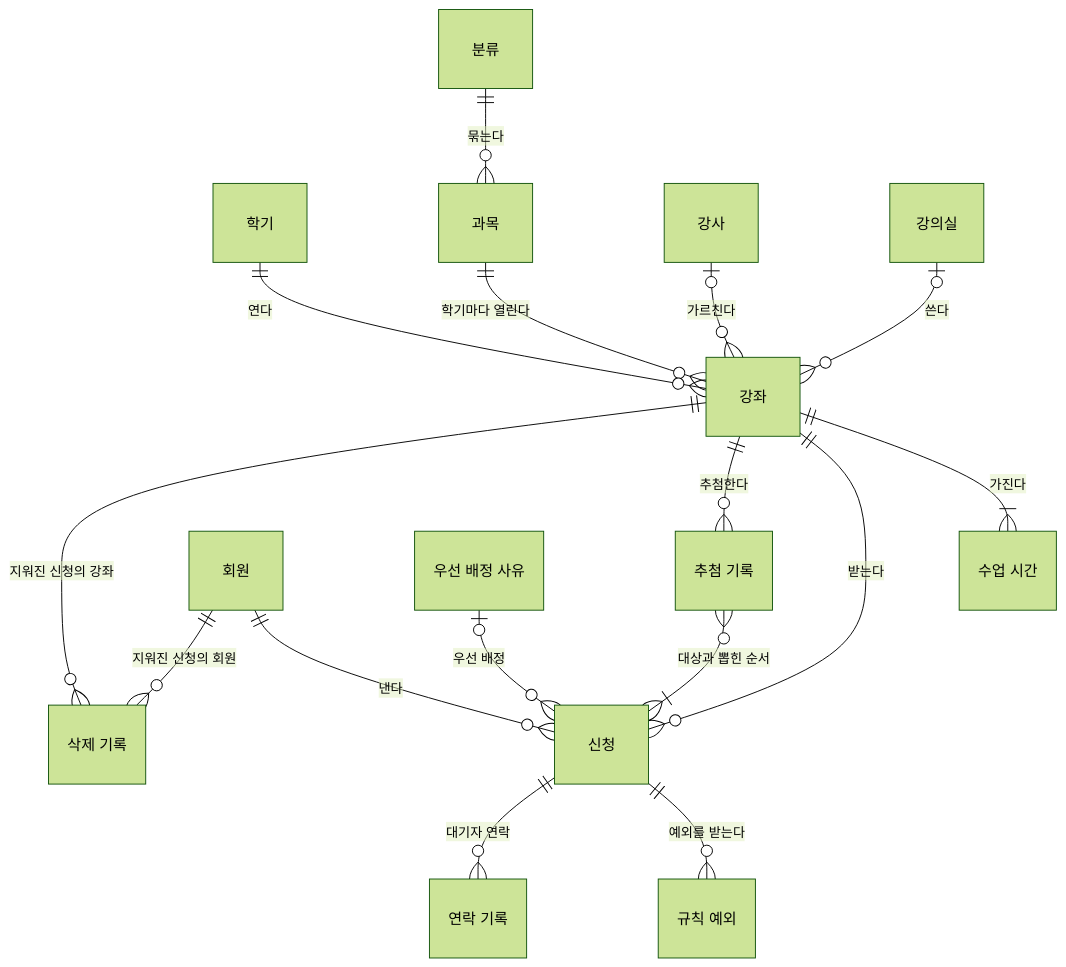
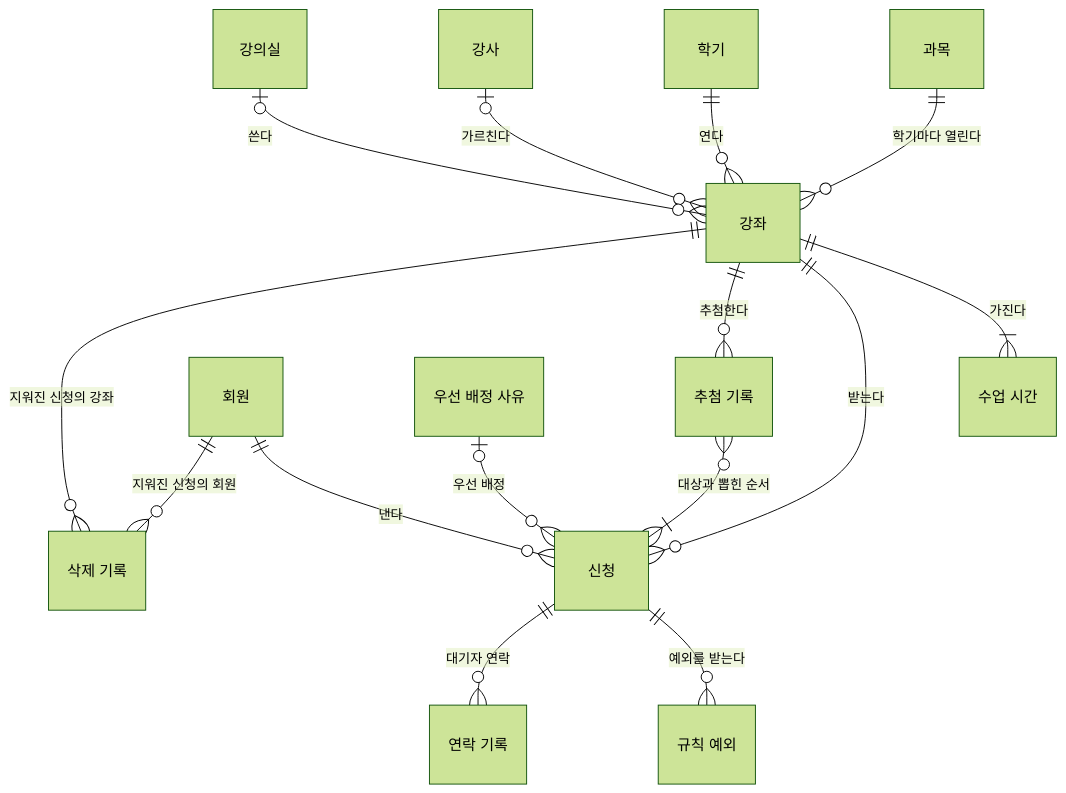
Before and after one commit to Homeria/baeum-maru: the diagram in docs/domain/ERD.md, drawn with Mermaid (forest theme). The commit also changed other lines of this file and 31 other files, not shown here.

````diff
--- a/docs/domain/ERD.md
+++ b/docs/domain/ERD.md
@@ -10,36 +10,34 @@
 ```mermaid
 erDiagram
     Term["학기"]
-    Category["분류"]
     Subject["과목"]
     Course["강좌"]
     Schedule["수업 시간"]
     Instructor["강사"]
     Room["강의실"]
     Member["회원"]
     Application["신청"]
     PriorityReason["우선 배정 사유"]
     RuleOverride["규칙 예외"]
     ContactLog["연락 기록"]
     LotteryRun["추첨 기록"]
     DeletionRecord["삭제 기록"]
 
-    Category ||--o{ Subject : "묶는다"
     Subject ||--o{ Course : "학기마다 열린다"
     Term ||--o{ Course : "연다"
     Course ||--|{ Schedule : "가진다"
     Instructor |o--o{ Course : "가르친다"
     Room |o--o{ Course : "쓴다"
 
     Member ||--o{ Application : "낸다"
     Course ||--o{ Application : "받는다"
     PriorityReason |o--o{ Application : "우선 배정"
     Application ||--o{ RuleOverride : "예외를 받는다"
     Application ||--o{ ContactLog : "대기자 연락"
 
     Course ||--o{ LotteryRun : "추첨한다"
     LotteryRun }o--|{ Application : "대상과 뽑힌 순서"
 
     Member ||--o{ DeletionRecord : "지워진 신청의 회원"
     Course ||--o{ DeletionRecord : "지워진 신청의 강좌"
 ```
````
